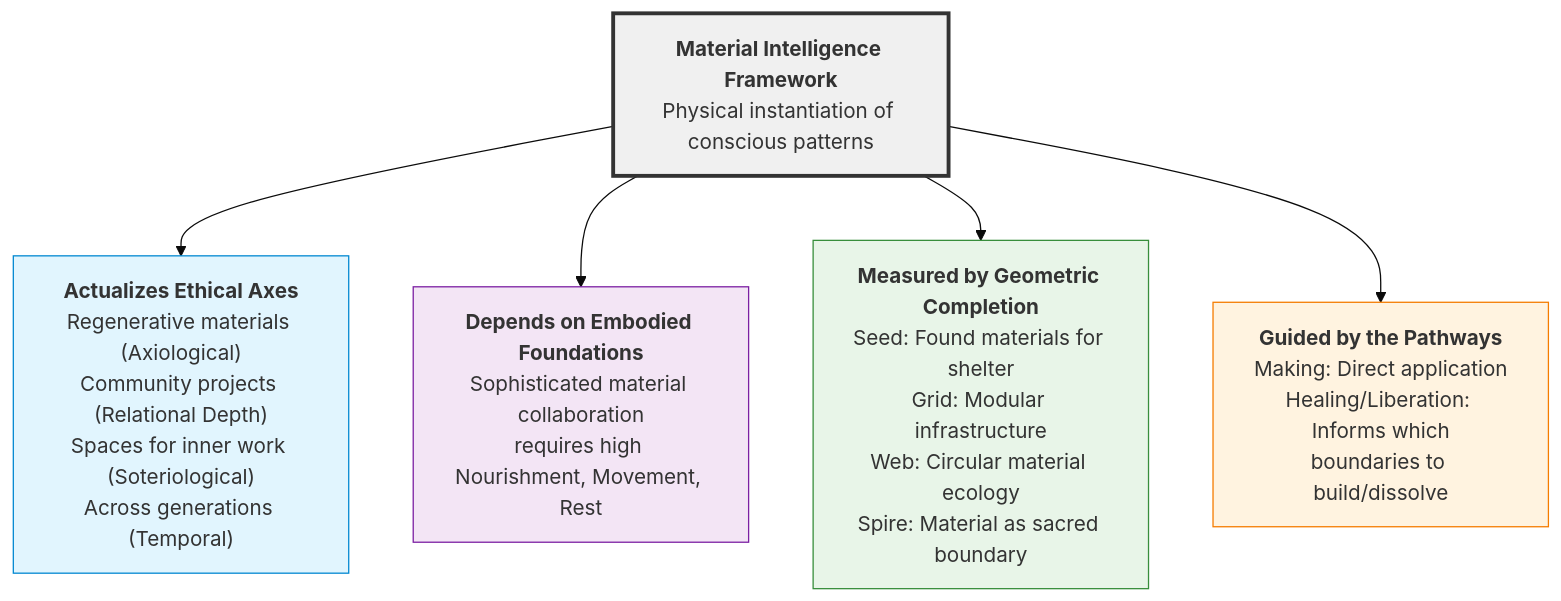
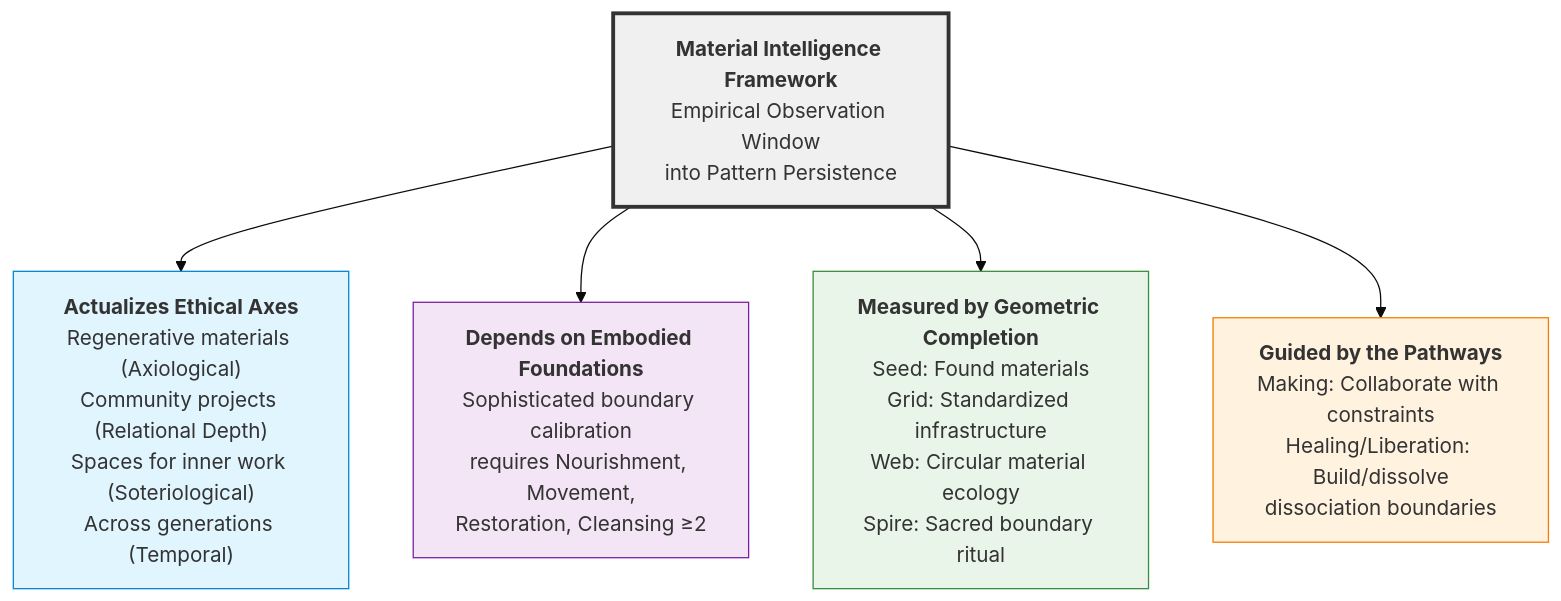
The sixth of 6 diagrams in docs/core-model/07-material-intelligence-framework.md (ravaioli/solarpunk-mandala), drawn with Mermaid (base theme) before and after one commit. The commit also changed other lines of this file, not shown here.

````diff
--- a/docs/core-model/07-material-intelligence-framework.md
+++ b/docs/core-model/07-material-intelligence-framework.md
@@ -281,18 +284,18 @@
 ```mermaid
 graph TB
-    MI["<b>Material Intelligence Framework</b><br>Physical instantiation of conscious patterns"]
+    MI["<b>Material Intelligence Framework</b><br>Empirical Observation Window<br>into Pattern Persistence"]
     
     MI --> Axes["<b>Actualizes Ethical Axes</b><br>Regenerative materials (Axiological)<br>Community projects (Relational Depth)<br>Spaces for inner work (Soteriological)<br>Across generations (Temporal)"]
     
-    MI --> Foundations["<b>Depends on Embodied Foundations</b><br>Sophisticated material collaboration<br>requires high Nourishment, Movement, Rest"]
+    MI --> Foundations["<b>Depends on Embodied Foundations</b><br>Sophisticated boundary calibration<br>requires Nourishment, Movement,<br>Restoration, Cleansing ≥2"]
     
-    MI --> Geometry["<b>Measured by Geometric Completion</b><br>Seed: Found materials for shelter<br>Grid: Modular infrastructure<br>Web: Circular material ecology<br>Spire: Material as sacred boundary"]
+    MI --> Geometry["<b>Measured by Geometric Completion</b><br>Seed: Found materials<br>Grid: Standardized infrastructure<br>Web: Circular material ecology<br>Spire: Sacred boundary ritual"]
     
-    MI --> Pathways["<b>Guided by the Pathways</b><br>Making: Direct application<br>Healing/Liberation: Informs which<br>boundaries to build/dissolve"]
+    MI --> Pathways["<b>Guided by the Pathways</b><br>Making: Collaborate with constraints<br>Healing/Liberation: Build/dissolve<br>dissociation boundaries"]
     
     style MI fill:#f0f0f0,stroke:#333,stroke-width:3px
     style Axes fill:#e1f5fe,stroke:#0288d1
     style Foundations fill:#f3e5f5,stroke:#7b1fa2
     style Geometry fill:#e8f5e8,stroke:#388e3c
     style Pathways fill:#fff3e0,stroke:#f57c00
 ```
````
